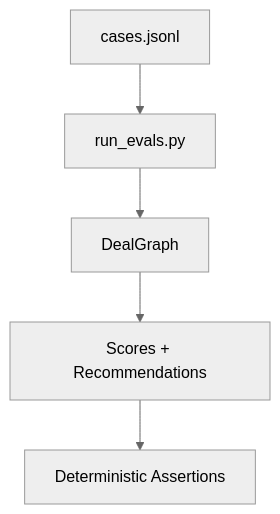
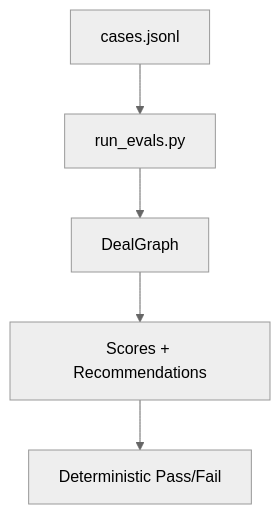
Before and after one commit to gilfernandez-creator/Deterministic-LLM-Hybrid-Contract-Analyzer: the diagram in README.md, drawn with Mermaid (neutral theme). The commit also changed other lines of this file and 3 other files, not shown here.

Commit message:
Tighten deterministic normalization + curated demo cases + passing evals

````diff
--- a/README.md
+++ b/README.md
@@ -85,7 +150,8 @@
 ```mermaid
 flowchart TD
-    Cases[cases.jsonl] --> Eval[run_evals.py]
+    Cases[cases.jsonl]
+    Cases --> Eval[run_evals.py]
     Eval --> Graph[DealGraph]
     Graph --> Results[Scores + Recommendations]
-    Results --> PassFail[Deterministic Assertions]
+    Results --> Assertions[Deterministic Pass/Fail]
 ```
````
